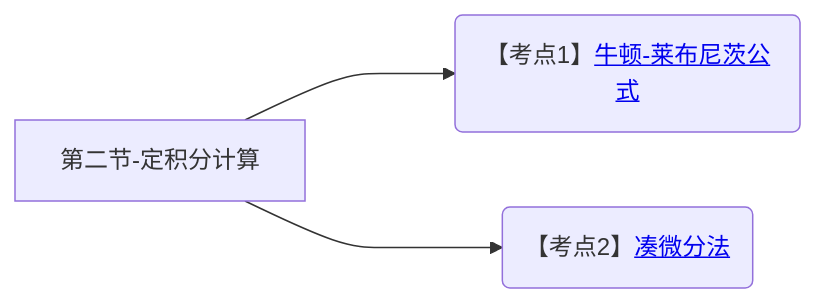
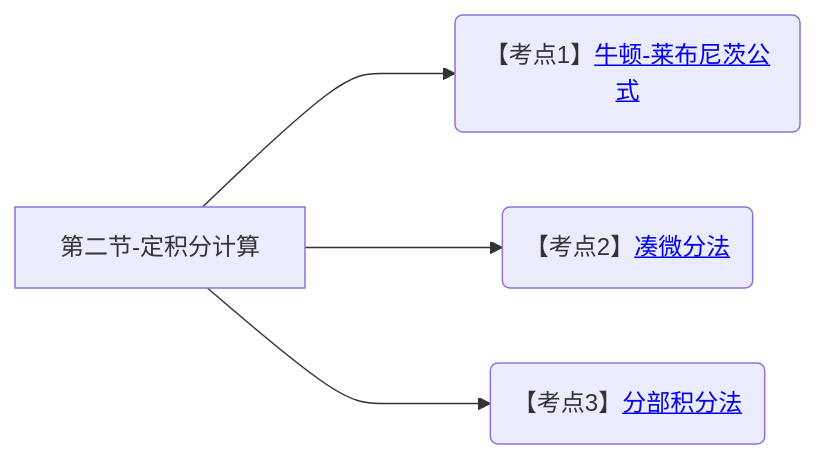
Diagram 20 of 20 in 笔记/数学/周洋鑫/01.基础班思维导图.md (yuebinghui/note), drawn with Mermaid before and after one commit. The commit also changed 7 other files, not shown here.

````diff
--- a/笔记/数学/周洋鑫/01.基础班思维导图.md
+++ b/笔记/数学/周洋鑫/01.基础班思维导图.md
@@ -757,9 +757,10 @@
 ```mermaid
 graph LR
 第二节-定积分计算
 
 第二节-定积分计算--->牛顿-莱布尼茨公式(【考点1】<a href="/Users/yuebinghui/Documents/program/github/note/笔记/数学/周洋鑫/基础班/23.定积分的计算.md#牛顿-莱布尼茨公式">牛顿-莱布尼茨公式</>)
 第二节-定积分计算--->凑微分法(【考点2】<a href="/Users/yuebinghui/Documents/program/github/note/笔记/数学/周洋鑫/基础班/23.定积分的计算.md#凑微分法">凑微分法</>)
+第二节-定积分计算--->分部积分法(【考点3】<a href="/Users/yuebinghui/Documents/program/github/note/笔记/数学/周洋鑫/基础班/23.定积分的计算.md#分部积分法">分部积分法</>)
 
 
 ```
````
